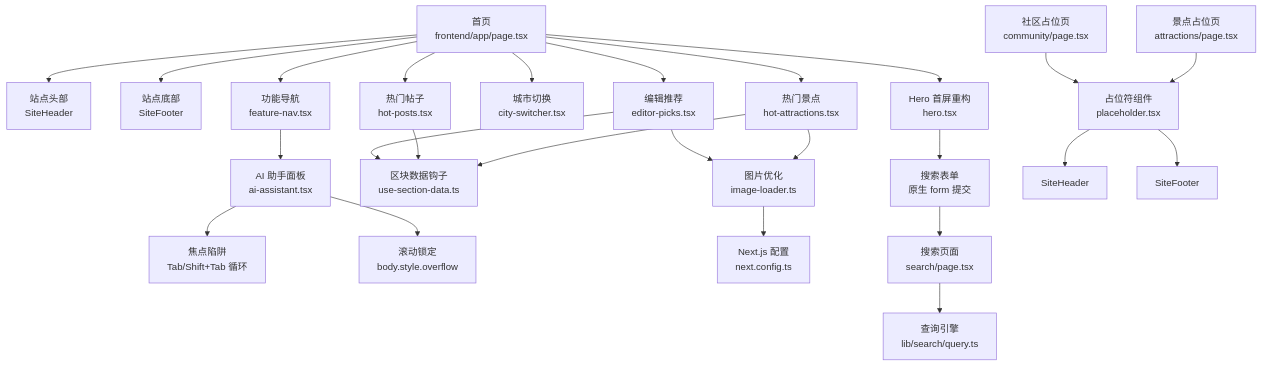
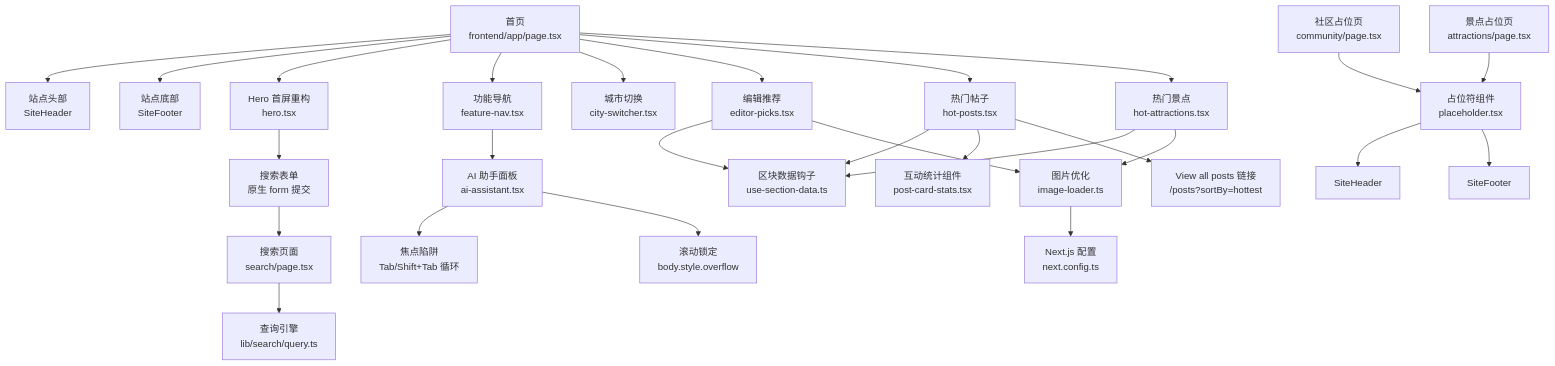
The first of 17 diagrams in .qoder/repowiki/zh/content/规格驱动开发/WanderChain 首页规格文档/WanderChain 首页规格文档.md (luyitiger6/my-first-project), drawn with Mermaid before and after one commit. The commit also changed other lines of this file and 54 other files, not shown here.

````diff
--- a/.qoder/repowiki/zh/content/规格驱动开发/WanderChain 首页规格文档/WanderChain 首页规格文档.md
+++ b/.qoder/repowiki/zh/content/规格驱动开发/WanderChain 首页规格文档/WanderChain 首页规格文档.md
@@ -81,27 +88,29 @@
 ```mermaid
 graph TB
 Home["首页<br/>frontend/app/page.tsx"] --> Header["站点头部<br/>SiteHeader"]
 Home --> Footer["站点底部<br/>SiteFooter"]
 Home --> Hero["Hero 首屏重构<br/>hero.tsx"]
 Home --> FeatureNav["功能导航<br/>feature-nav.tsx"]
 Home --> CitySwitcher["城市切换<br/>city-switcher.tsx"]
 Home --> EditorPicks["编辑推荐<br/>editor-picks.tsx"]
 Home --> HotPosts["热门帖子<br/>hot-posts.tsx"]
 Home --> HotAttractions["热门景点<br/>hot-attractions.tsx"]
 FeatureNav --> AiAssistant["AI 助手面板<br/>ai-assistant.tsx"]
 EditorPicks --> UseSection["区块数据钩子<br/>use-section-data.ts"]
 HotPosts --> UseSection
+HotPosts --> PostCardStats["互动统计组件<br/>post-card-stats.tsx"]
 HotAttractions --> UseSection
 AiAssistant --> FocusTrap["焦点陷阱<br/>Tab/Shift+Tab 循环"]
 AiAssistant --> ScrollLock["滚动锁定<br/>body.style.overflow"]
 EditorPicks --> ImageOptimization["图片优化<br/>image-loader.ts"]
 HotAttractions --> ImageOptimization
 ImageOptimization --> NextConfig["Next.js 配置<br/>next.config.ts"]
 Hero --> SearchForm["搜索表单<br/>原生 form 提交"]
 SearchForm --> SearchPage["搜索页面<br/>search/page.tsx"]
 SearchPage --> QueryEngine["查询引擎<br/>lib/search/query.ts"]
 CommunityPage["社区占位页<br/>community/page.tsx"] --> Placeholder["占位符组件<br/>placeholder.tsx"]
 AttractionsPage["景点占位页<br/>attractions/page.tsx"] --> Placeholder
 Placeholder --> SiteHeader
 Placeholder --> SiteFooter
+HotPosts --> ViewAllLink["View all posts 链接<br/>/posts?sortBy=hottest"]
 ```
````
